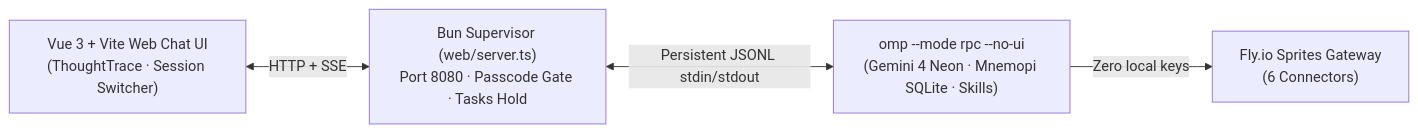
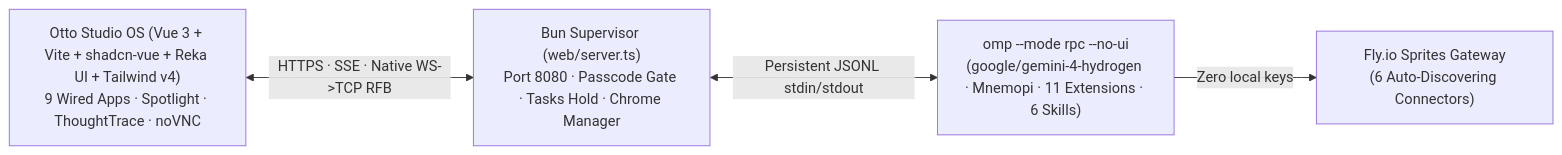
The first of 6 diagrams in docs/architecture.md (roffidaijoubu/otto), drawn with Mermaid before and after one commit. The commit also changed other lines of this file and 7 other files, not shown here.

Commit message:
docs: upgrade Hacksgiving pitch, Otto Studio OS screenshot, architecture, and verify-all checks

````diff
--- a/docs/architecture.md
+++ b/docs/architecture.md
@@ -13,6 +13,6 @@
 ```mermaid
 flowchart LR
-    B["Vue 3 + Vite Web Chat UI<br/>(ThoughtTrace · Session Switcher)"] <-->|"HTTP + SSE"| S["Bun Supervisor (web/server.ts)<br/>Port 8080 · Passcode Gate · Tasks Hold"]
-    S <-->|"Persistent JSONL stdin/stdout"| O["omp --mode rpc --no-ui<br/>(Gemini 4 Neon · Mnemopi SQLite · Skills)"]
-    O -->|"Zero local keys"| G["Fly.io Sprites Gateway<br/>(6 Connectors)"]
+    B["Otto Studio OS (Vue 3 + Vite + shadcn-vue + Reka UI + Tailwind v4)<br/>9 Wired Apps · Spotlight · ThoughtTrace · noVNC"] <-->|"HTTPS · SSE · Native WS->TCP RFB"| S["Bun Supervisor (web/server.ts)<br/>Port 8080 · Passcode Gate · Tasks Hold · Chrome Manager"]
+    S <-->|"Persistent JSONL stdin/stdout"| O["omp --mode rpc --no-ui<br/>(google/gemini-4-hydrogen · Mnemopi · 11 Extensions · 6 Skills)"]
+    O -->|"Zero local keys"| G["Fly.io Sprites Gateway<br/>(6 Auto-Discovering Connectors)"]
 ```
````
